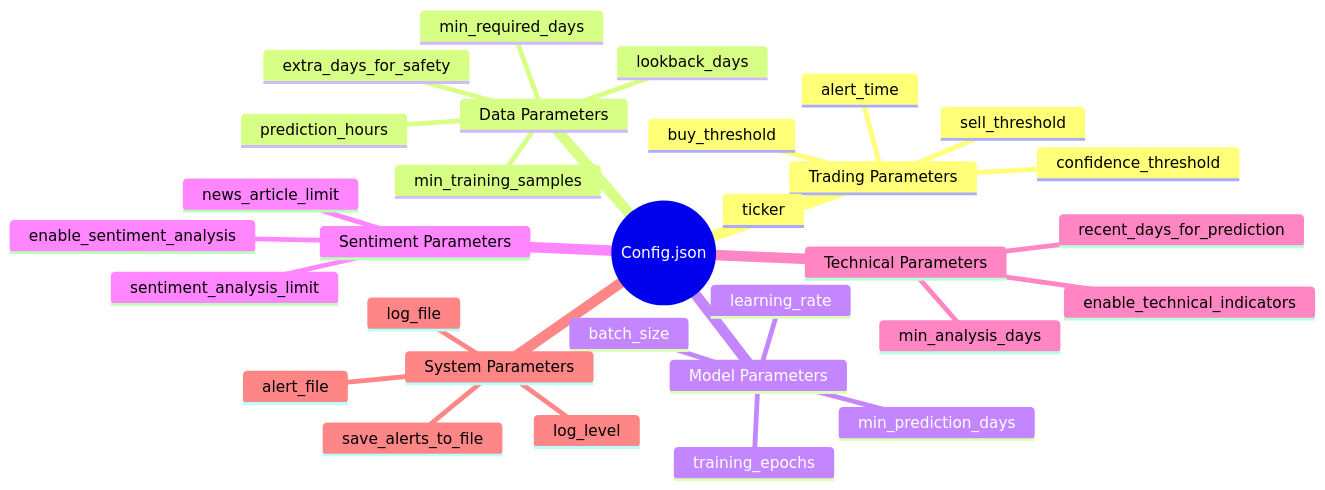
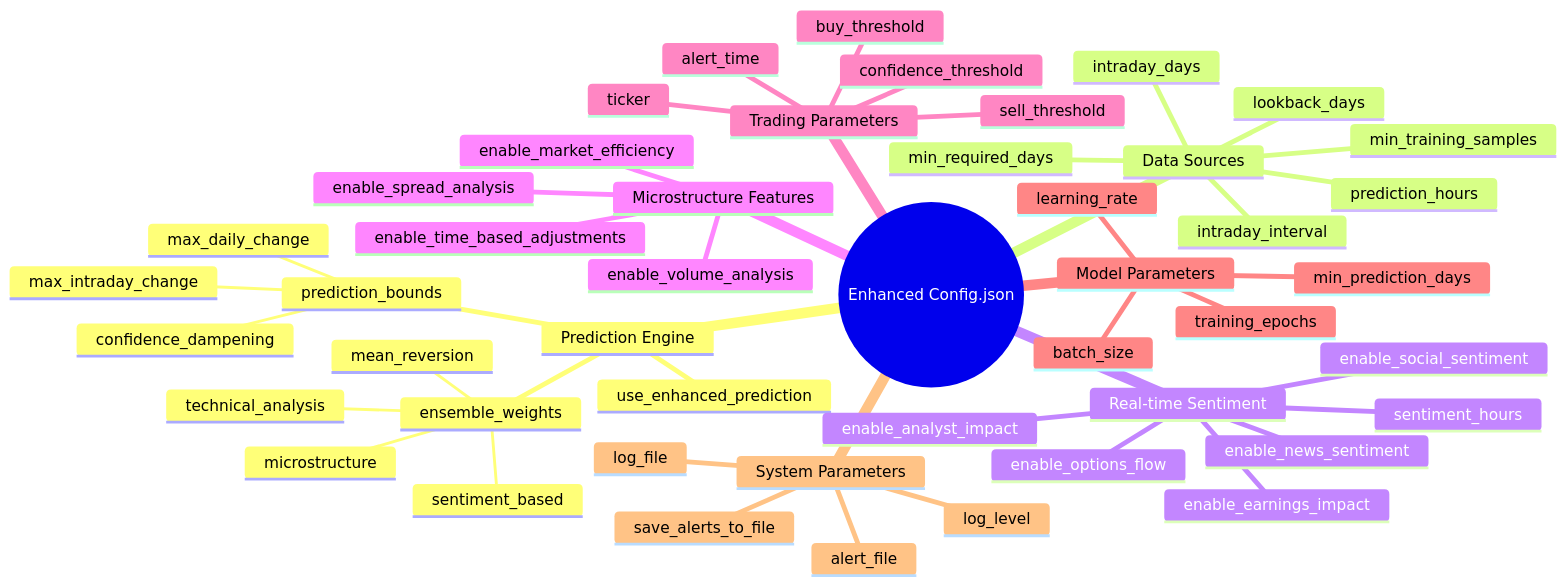
The sixth of 7 diagrams in LSTM-model.md (jeremygonsalves/price-predictor-stocks), drawn with Mermaid before and after one commit. The commit also changed other lines of this file and 8 other files, not shown here.

````diff
--- a/LSTM-model.md
+++ b/LSTM-model.md
@@ -302,34 +350,50 @@
 ```mermaid
 mindmap
-  root((Config.json))
+  root((Enhanced Config.json))
+    Prediction Engine
+      use_enhanced_prediction
+      ensemble_weights
+        technical_analysis
+        sentiment_based
+        microstructure
+        mean_reversion
+      prediction_bounds
+        max_daily_change
+        max_intraday_change
+        confidence_dampening
+    Data Sources
+      intraday_interval
+      intraday_days
+      lookback_days
+      prediction_hours
+      min_required_days
+      min_training_samples
+    Real-time Sentiment
+      enable_news_sentiment
+      enable_social_sentiment
+      enable_earnings_impact
+      enable_analyst_impact
+      enable_options_flow
+      sentiment_hours
+    Microstructure Features
+      enable_spread_analysis
+      enable_volume_analysis
+      enable_market_efficiency
+      enable_time_based_adjustments
     Trading Parameters
       ticker
       buy_threshold
       sell_threshold
       confidence_threshold
       alert_time
-    Data Parameters
-      lookback_days
-      prediction_hours
-      min_required_days
-      min_training_samples
-      extra_days_for_safety
     Model Parameters
       training_epochs
       batch_size
       learning_rate
       min_prediction_days
-    Sentiment Parameters
-      enable_sentiment_analysis
-      sentiment_analysis_limit
-      news_article_limit
-    Technical Parameters
-      enable_technical_indicators
-      recent_days_for_prediction
-      min_analysis_days
     System Parameters
       log_level
       save_alerts_to_file
       alert_file
       log_file
 ```
````
